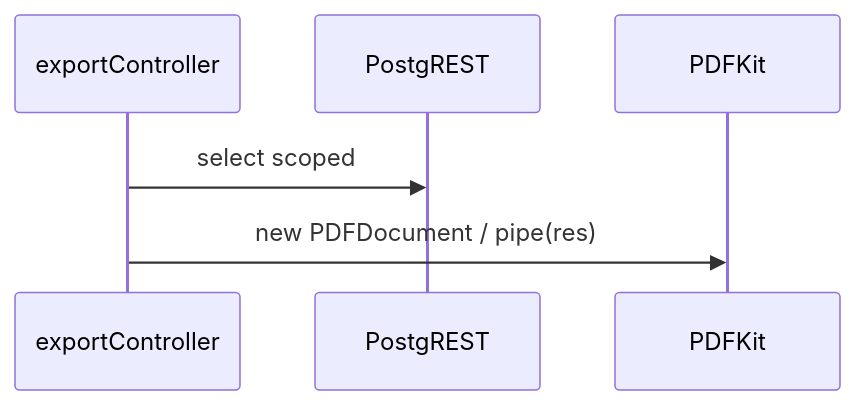
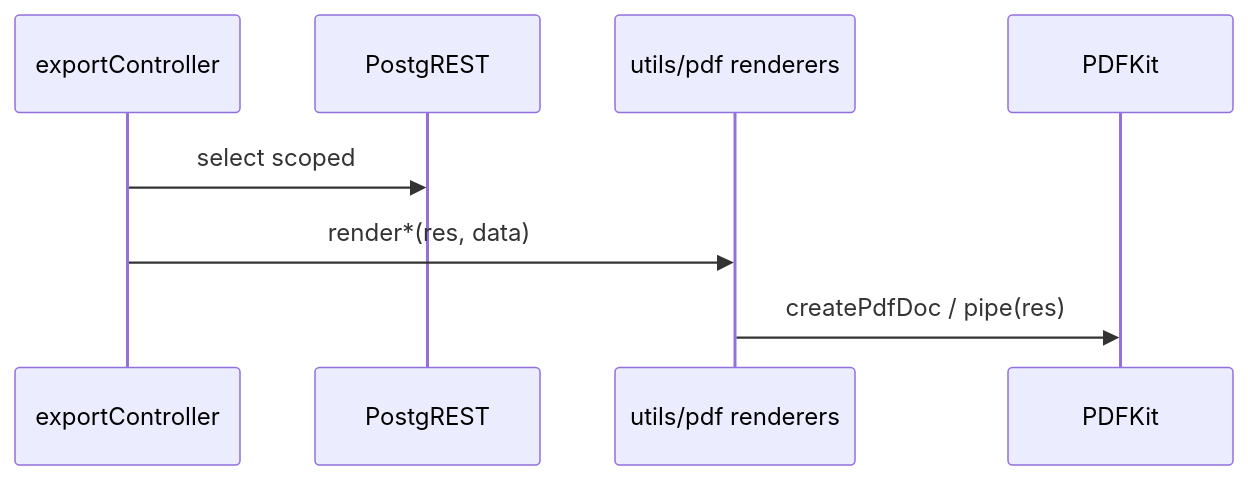
Before and after one commit to vinic-asouza/flock: the fifth of 6 diagrams in docs/04_modulos/relatorios.md, drawn with Mermaid. The commit also changed other lines of this file and 7 other files, not shown here.

First line of the commit message:
docs: sync PDF kit and calendar export (DEV-25)

````diff
--- a/docs/04_modulos/relatorios.md
+++ b/docs/04_modulos/relatorios.md
@@ -397,8 +405,10 @@
 ```mermaid
 sequenceDiagram
   participant CTL as exportController
   participant DB as PostgREST
+  participant KIT as utils/pdf renderers
   participant PDF as PDFKit
   CTL->>DB: select scoped
-  CTL->>PDF: new PDFDocument / pipe(res)
+  CTL->>KIT: render*(res, data)
+  KIT->>PDF: createPdfDoc / pipe(res)
 ```
````
